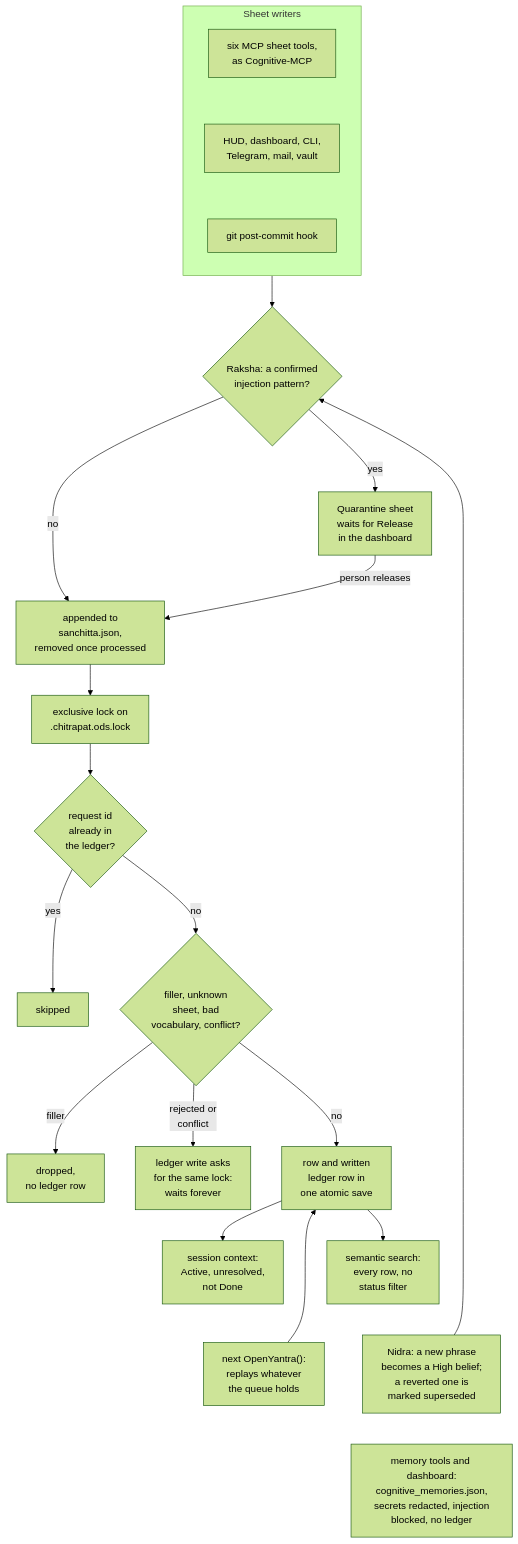
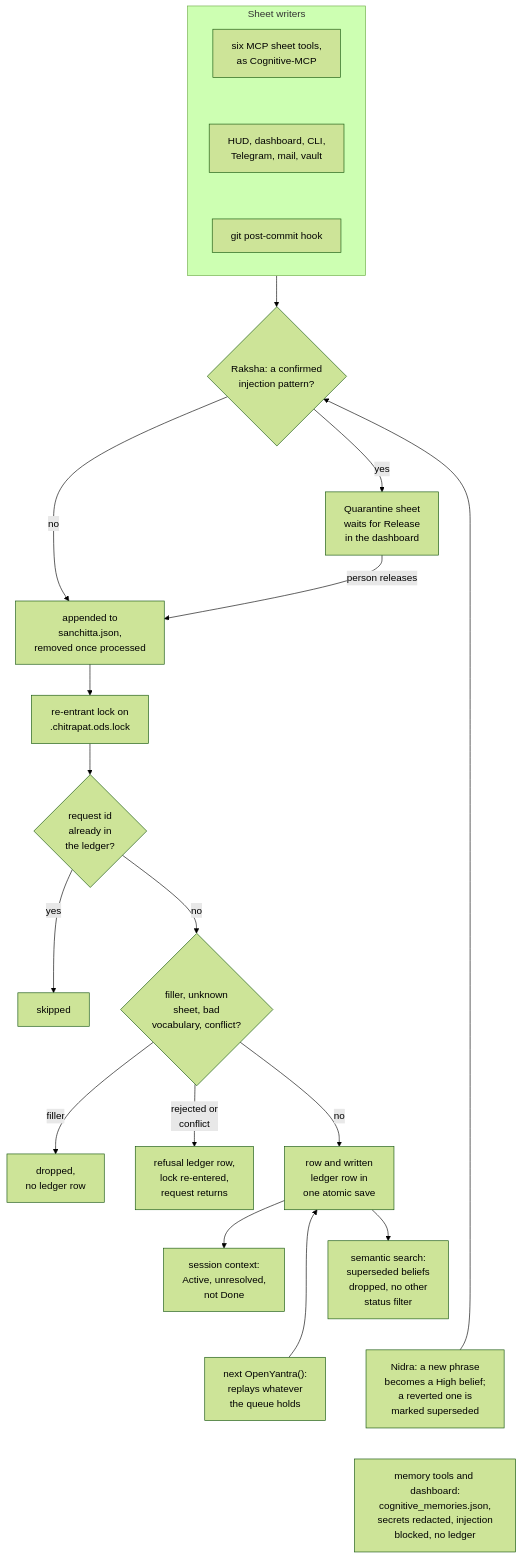
Before and after one commit to neoneye/agent-memory-atlas: the diagram in content/systems/openyantra.md, drawn with Mermaid (forest theme). The commit also changed other lines of this file and 21 other files, not shown here.

First line of the commit message:
OpenYantra at 7910d7f: a refused write saves its ledger row and returns; superseded beliefs leave search and every compiler

````diff
--- a/content/systems/openyantra.md
+++ b/content/systems/openyantra.md
@@ -117,29 +119,29 @@
 ```mermaid
-%% caption: a sheet row is believed once it clears four gates under one workbook lock; a refused write waits on that lock forever on Linux and macOS; the queue replays what a crash left, skipping a request the ledger holds; Nidra promotes a phrase once and supersedes a reverted one; the MCP memory tools and the dashboard write a second store with no ledger
+%% caption: a sheet row is believed once it clears four gates under one workbook lock; a refused write saves its ledger row under the same lock and returns; the queue replays what a crash left, skipping a request the ledger holds; Nidra promotes a phrase once and supersedes a reverted one; the MCP memory tools and the dashboard write a second store with no ledger
 flowchart TD
   subgraph writers["Sheet writers"]
     direction TB
     W1["six MCP sheet tools,<br/>as Cognitive-MCP"]
     W2["HUD, dashboard, CLI,<br/>Telegram, mail, vault"]
     W3["git post-commit hook"]
     W1 ~~~ W2 ~~~ W3
   end
   writers --> RK{"Raksha: a confirmed<br/>injection pattern?"}
   RK -->|"yes"| Q["Quarantine sheet<br/>waits for Release<br/>in the dashboard"]
   RK -->|"no"| SQ["appended to<br/>sanchitta.json,<br/>removed once processed"]
   Q -->|"person releases"| SQ
-  SQ --> LK["exclusive lock on<br/>.chitrapat.ods.lock"]
+  SQ --> LK["re-entrant lock on<br/>.chitrapat.ods.lock"]
   LK --> LG{"request id<br/>already in<br/>the ledger?"}
   LG -->|"yes"| SKIP["skipped"]
   LG -->|"no"| GATE{"filler, unknown<br/>sheet, bad<br/>vocabulary, conflict?"}
   GATE -->|"filler"| DROP["dropped,<br/>no ledger row"]
-  GATE -->|"rejected or<br/>conflict"| HANG["ledger write asks<br/>for the same lock:<br/>waits forever"]
+  GATE -->|"rejected or<br/>conflict"| REF["refusal ledger row,<br/>lock re-entered,<br/>request returns"]
   GATE -->|"no"| ROW["row and written<br/>ledger row in<br/>one atomic save"]
   ROW --> CTX["session context:<br/>Active, unresolved,<br/>not Done"]
-  ROW --> SRCH["semantic search:<br/>every row, no<br/>status filter"]
+  ROW --> SRCH["semantic search:<br/>superseded beliefs<br/>dropped, no other<br/>status filter"]
   CTX ~~~ RP["next OpenYantra():<br/>replays whatever<br/>the queue holds"]
   RP --> ROW
   SRCH ~~~ NID["Nidra: a new phrase<br/>becomes a High belief;<br/>a reverted one is<br/>marked superseded"]
   NID --> RK
   NID ~~~ COG["memory tools and dashboard:<br/>cognitive_memories.json,<br/>secrets redacted, injection<br/>blocked, no ledger"]
 ```
````
